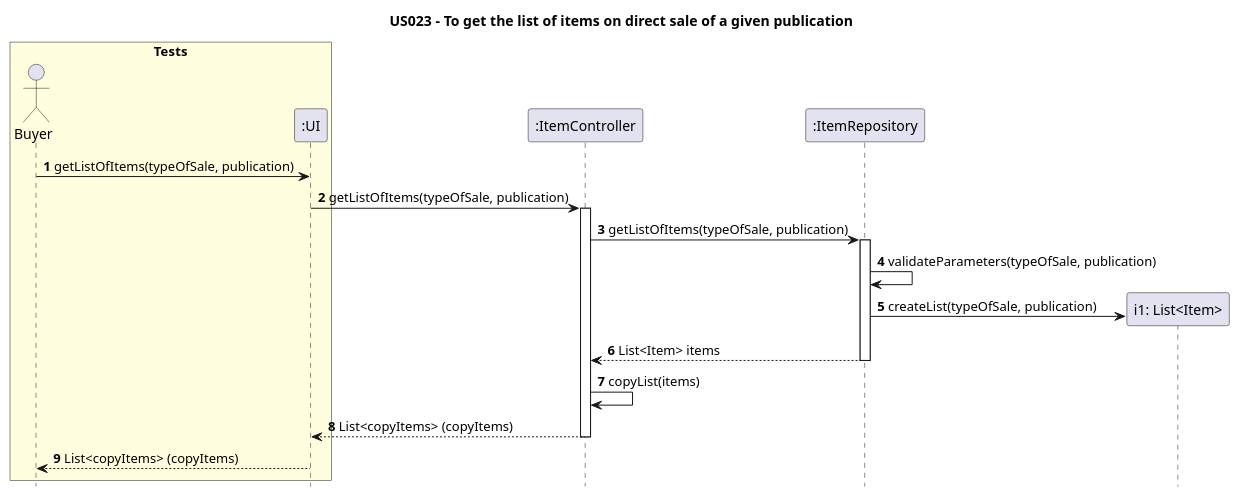
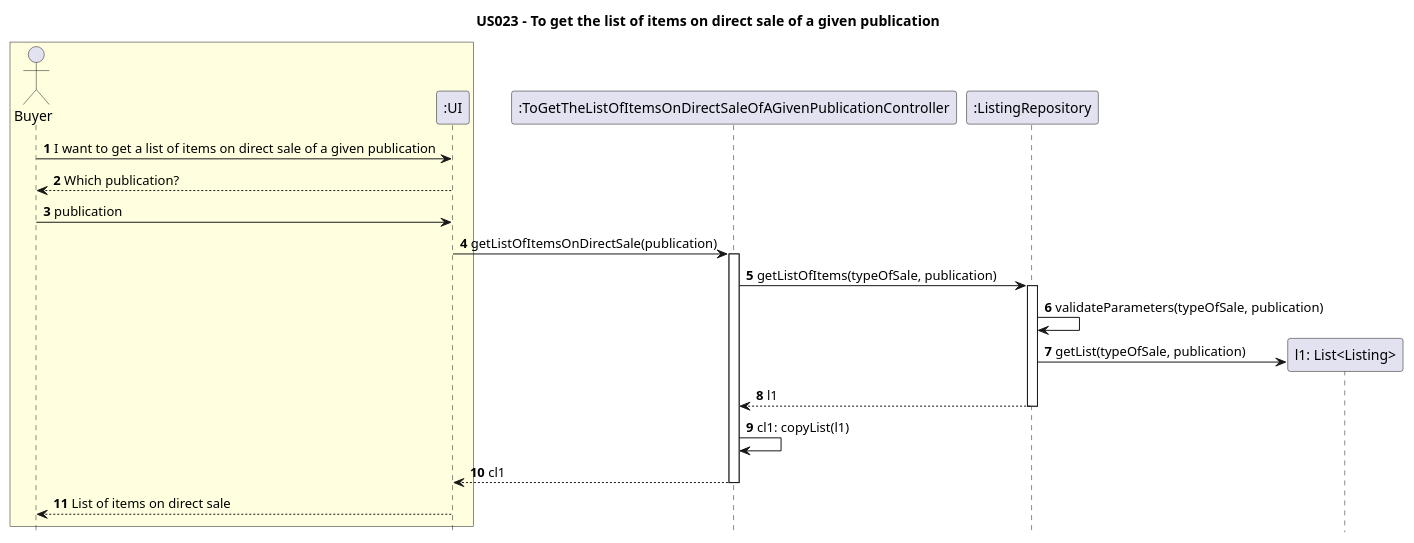
The diagram in Diagrams/SequenceDiagrams/N2/US023-to-get-the-list-of-items-on-direct-sale-of-a-given-publication.puml (AndrePereiraGitH/SWitCH-Project-Team_A), drawn with PlantUML before and after one commit. The commit also changed 1 other file, not shown here.

```diff
--- a/Diagrams/SequenceDiagrams/N2/US023-to-get-the-list-of-items-on-direct-sale-of-a-given-publication.puml
+++ b/Diagrams/SequenceDiagrams/N2/US023-to-get-the-list-of-items-on-direct-sale-of-a-given-publication.puml
@@ -1,39 +1,50 @@
 @startuml
 
 hide footbox
 title US023 - To get the list of items on direct sale of a given publication
 
-box "Tests" #LightYellow
+box #LightYellow
 actor Buyer
 participant ":UI" as UI
 end box
 
-participant ":ItemController" as ItemController
-participant ":ItemRepository" as ItemRepository
+participant ":ToGetTheListOfItemsOnDirectSaleOfAGivenPublicationController" as ToGetTheListOfItemsOnDirectSaleOfAGivenPublicationController
+participant ":ListingRepository" as ListingRepository
 
-Buyer -> UI : **1** getListOfItems(typeOfSale, publication)
+' Buyer -> UI : **1** getListOfItems(typeOfSale, publication)
+Buyer -> UI : **1** I want to get a list of items on direct sale of a given publication
+Buyer <-- UI : **2** Which publication?
+Buyer -> UI : **3** publication
 
-UI -> ItemController : **2** getListOfItems(typeOfSale, publication)
-activate ItemController
+' UI -> ToGetTheListOfItemsOnDirectSaleOfAGivenPublicationController : **4** getListOfItems(typeOfSale, publication)
+UI -> ToGetTheListOfItemsOnDirectSaleOfAGivenPublicationController : **4** getListOfItemsOnDirectSale(publication)
+activate ToGetTheListOfItemsOnDirectSaleOfAGivenPublicationController
 
-ItemController -> ItemRepository : **3** getListOfItems(typeOfSale, publication)
-activate ItemRepository
+' ToGetTheListOfItemsOnDirectSaleOfAGivenPublicationController -> ListingRepository : **3** getListOfItems(typeOfSale, publication)
+ToGetTheListOfItemsOnDirectSaleOfAGivenPublicationController -> ListingRepository : **5** getListOfItems(typeOfSale, publication)
+activate ListingRepository
 
 ' ItemRepository -> ItemRepository : **4** convertStringToEnum(typeOfSale, publication)
 
-ItemRepository -> ItemRepository : **4** validateParameters(typeOfSale, publication)
+' ListingRepository -> ListingRepository : **4** validateParameters(typeOfSale, publication)
+ListingRepository -> ListingRepository : **6** validateParameters(typeOfSale, publication)
 
-create "i1: List<Item>" as Item
-ItemRepository -> Item : **5** createList(typeOfSale, publication)
+create "l1: List<Listing>" as Listing
+' ListingRepository -> Item : **5** createList(typeOfSale, publication)
+ListingRepository -> Listing : **7** getList(typeOfSale, publication)
 
-ItemRepository --> ItemController : **6** List<Item> items
-deactivate ItemRepository
+' ListingRepository --> ToGetTheListOfItemsOnDirectSaleOfAGivenPublicationController : **6** List<Item> items
+ListingRepository --> ToGetTheListOfItemsOnDirectSaleOfAGivenPublicationController : **8** l1
+deactivate ListingRepository
 
-ItemController -> ItemController : **7** copyList(items)
+' ToGetTheListOfItemsOnDirectSaleOfAGivenPublicationController -> ToGetTheListOfItemsOnDirectSaleOfAGivenPublicationController : **7** copyList(items)
+ToGetTheListOfItemsOnDirectSaleOfAGivenPublicationController -> ToGetTheListOfItemsOnDirectSaleOfAGivenPublicationController : **9** cl1: copyList(l1)
 
-ItemController --> UI : **8** List<copyItems> (copyItems)
-deactivate ItemController
+'ToGetTheListOfItemsOnDirectSaleOfAGivenPublicationController --> UI : **8** List<copyItems> (copyItems)
+ToGetTheListOfItemsOnDirectSaleOfAGivenPublicationController --> UI : **10** cl1
+deactivate ToGetTheListOfItemsOnDirectSaleOfAGivenPublicationController
 
-UI --> Buyer : **9** List<copyItems> (copyItems)
+'UI --> Buyer : **9** List<copyItems> (copyItems)'
+UI --> Buyer : **11** List of items on direct sale
 
 @enduml
```
